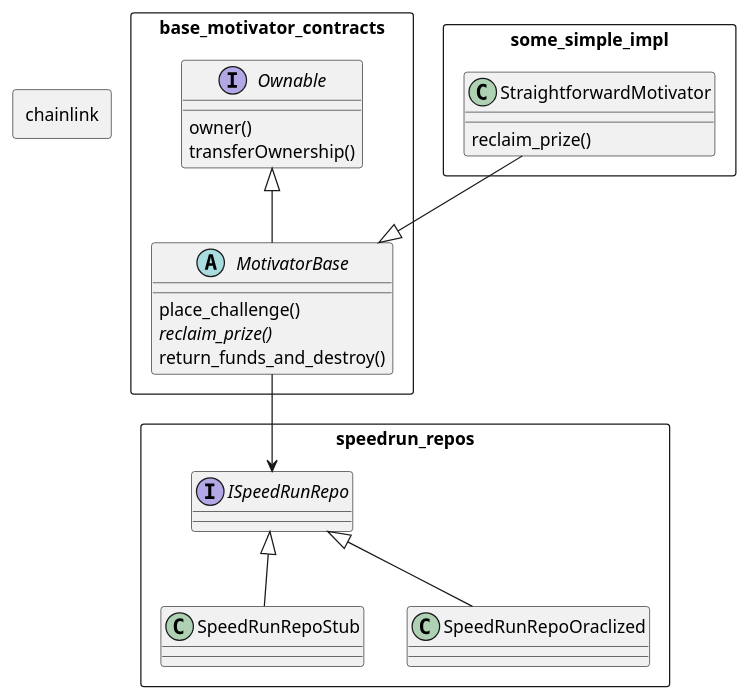
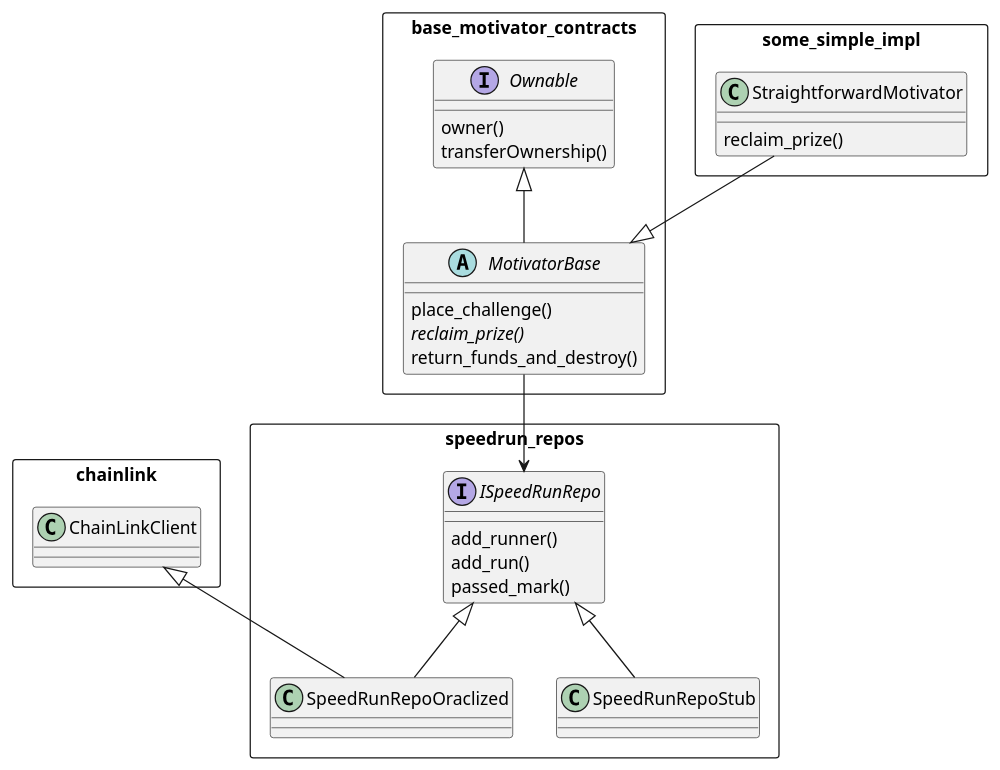
One commit to msicilia/blockchain-developer-bootcamp-final-project changed the diagram in uml_diagram.puml. Above: the diagram before and after it, drawn with PlantUML. The commit also changed 22 other files, not shown here.

```diff
--- a/uml_diagram.puml
+++ b/uml_diagram.puml
@@ -5,41 +5,47 @@
 @startuml
 
 package chainlink <<Rectangle>>{
+  class ChainLinkClient{}
 }
 
 package speedrun_repos <<Rectangle>> {
 interface ISpeedRunRepo{
+  add_runner()
+  add_run()
+  passed_mark()
   }
+  
 class SpeedRunRepoStub{
 }
 class SpeedRunRepoOraclized{
   }
 }
 
 ISpeedRunRepo <|-- SpeedRunRepoStub
 ISpeedRunRepo <|-- SpeedRunRepoOraclized
 
 
 package base_motivator_contracts <<Rectangle>>{
 interface Ownable {
 owner()
 transferOwnership()
 }
 
 abstract class MotivatorBase{
 place_challenge()
 {abstract} reclaim_prize()
 return_funds_and_destroy()
   }
 }
 Ownable <|-- MotivatorBase
 
 package some_simple_impl <<Rectangle>> {
   class StraightforwardMotivator{
     reclaim_prize()
   }
 }
 StraightforwardMotivator --|> MotivatorBase
 MotivatorBase --> ISpeedRunRepo
+ChainLinkClient <|-- SpeedRunRepoOraclized
 
 @enduml
```
